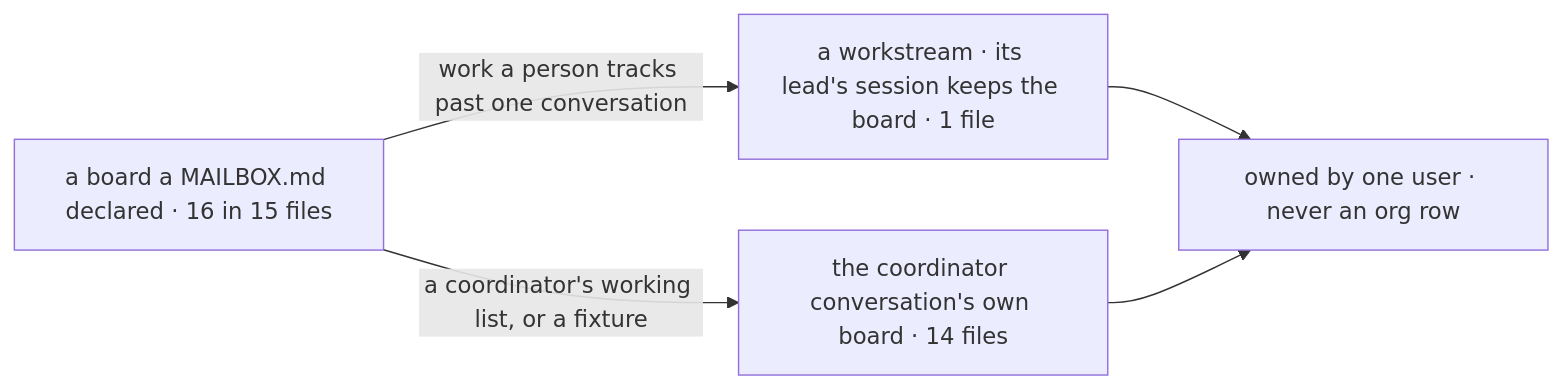
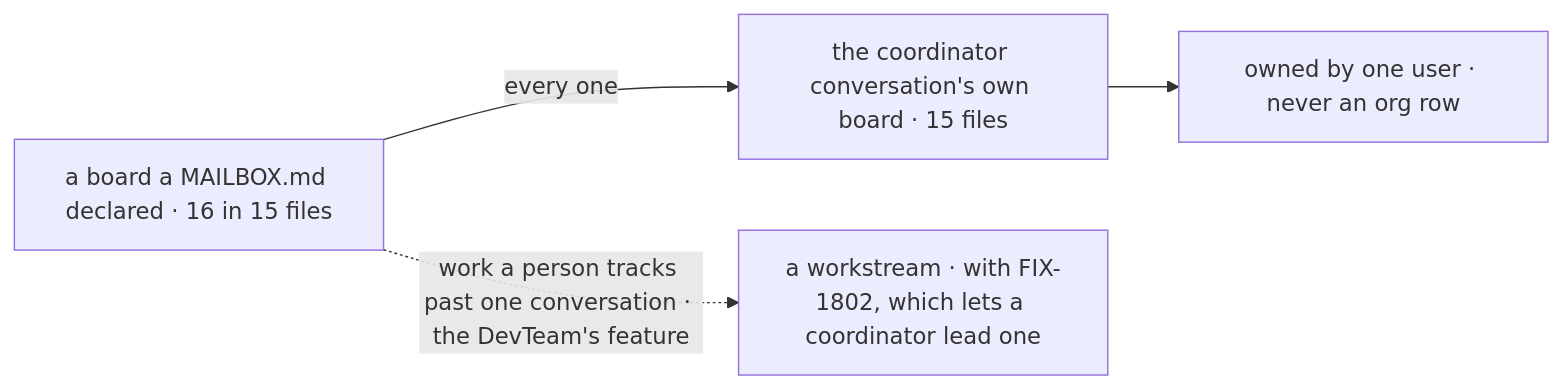
One commit to fixpoint-labs/flow-state-dev changed the second of 2 diagrams in specs/issues/FIX-1792/SPEC.md. Above: the diagram before and after it, drawn with Mermaid. The commit also changed other lines of this file and 9 other files, not shown here.

````diff
--- a/specs/issues/FIX-1792/SPEC.md
+++ b/specs/issues/FIX-1792/SPEC.md
@@ -91,7 +91,6 @@
 ```mermaid
 flowchart LR
-  B["a board a MAILBOX.md declared · 16 in 15 files"] -->|"work a person tracks past one conversation"| W["a workstream · its lead's session keeps the board · 1 file"]
-  B -->|"a coordinator's working list, or a fixture"| S["the coordinator conversation's own board · 14 files"]
-  W --> O["owned by one user · never an org row"]
-  S --> O
+  B["a board a MAILBOX.md declared · 16 in 15 files"] -->|"every one"| S["the coordinator conversation's own board · 15 files"]
+  S --> O["owned by one user · never an org row"]
+  B -.->|"work a person tracks past one conversation · the DevTeam's feature"| W["a workstream · with FIX-1802, which lets a coordinator lead one"]
 ```
````
